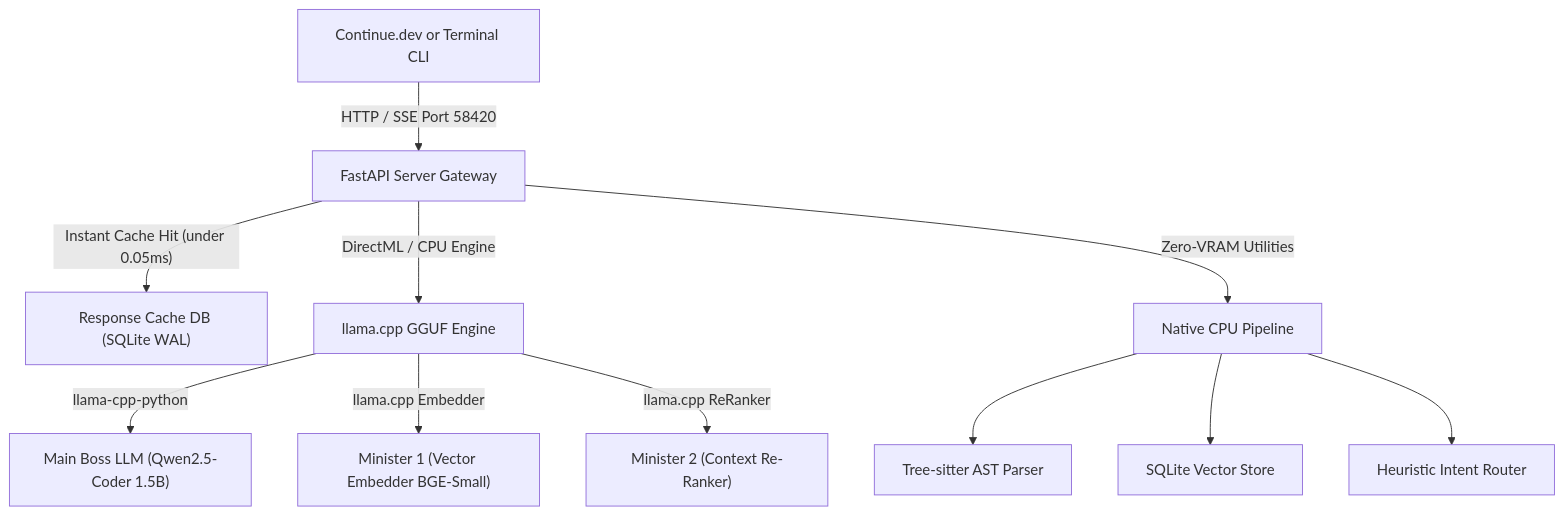
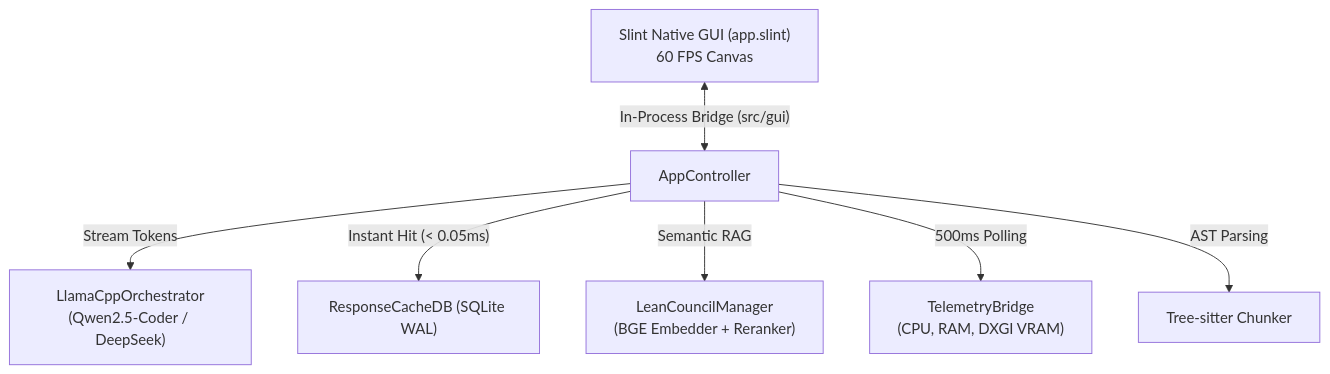
One commit to 7CGPA-Labs/KingdomAIServer changed the diagram in README.md. Above: the diagram before and after it, drawn with Mermaid. The commit also changed other lines of this file and 28 other files, not shown here.

Commit message:
feat(v3): implement Kingdom AI Studio V3 with Slint Antigravity GUI

````diff
--- a/README.md
+++ b/README.md
@@ -19,14 +26,9 @@
 ```mermaid
 graph TD
-    User["Continue.dev or Terminal CLI"] -->|"HTTP / SSE Port 58420"| Server["FastAPI Server Gateway"]
-    Server -->|"Instant Cache Hit (under 0.05ms)"| Cache["Response Cache DB (SQLite WAL)"]
-    Server -->|"DirectML / CPU Engine"| Engine["llama.cpp GGUF Engine"]
-    Engine -->|"llama-cpp-python"| Boss["Main Boss LLM (Qwen2.5-Coder 1.5B)"]
-    Engine -->|"llama.cpp Embedder"| M1["Minister 1 (Vector Embedder BGE-Small)"]
-    Engine -->|"llama.cpp ReRanker"| M2["Minister 2 (Context Re-Ranker)"]
-
-    Server -->|"Zero-VRAM Utilities"| Utils["Native CPU Pipeline"]
-    Utils --> U1["Tree-sitter AST Parser"]
-    Utils --> U2["SQLite Vector Store"]
-    Utils --> U3["Heuristic Intent Router"]
+    UI["Slint Native GUI (app.slint)<br/>60 FPS Canvas"] <-->|"In-Process Bridge (src/gui)"| Ctrl["AppController"]
+    Ctrl -->|"Stream Tokens"| LLM["LlamaCppOrchestrator<br/>(Qwen2.5-Coder / DeepSeek)"]
+    Ctrl -->|"Instant Hit (< 0.05ms)"| Cache["ResponseCacheDB (SQLite WAL)"]
+    Ctrl -->|"Semantic RAG"| Council["LeanCouncilManager<br/>(BGE Embedder + Reranker)"]
+    Ctrl -->|"500ms Polling"| Telem["TelemetryBridge<br/>(CPU, RAM, DXGI VRAM)"]
+    Ctrl -->|"AST Parsing"| AST["Tree-sitter Chunker"]
 ```
````
